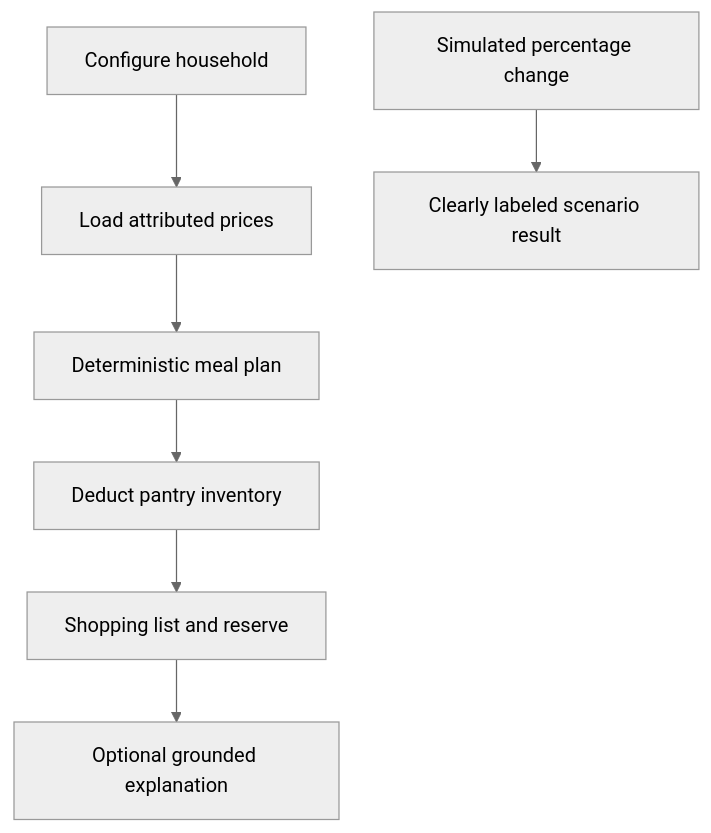
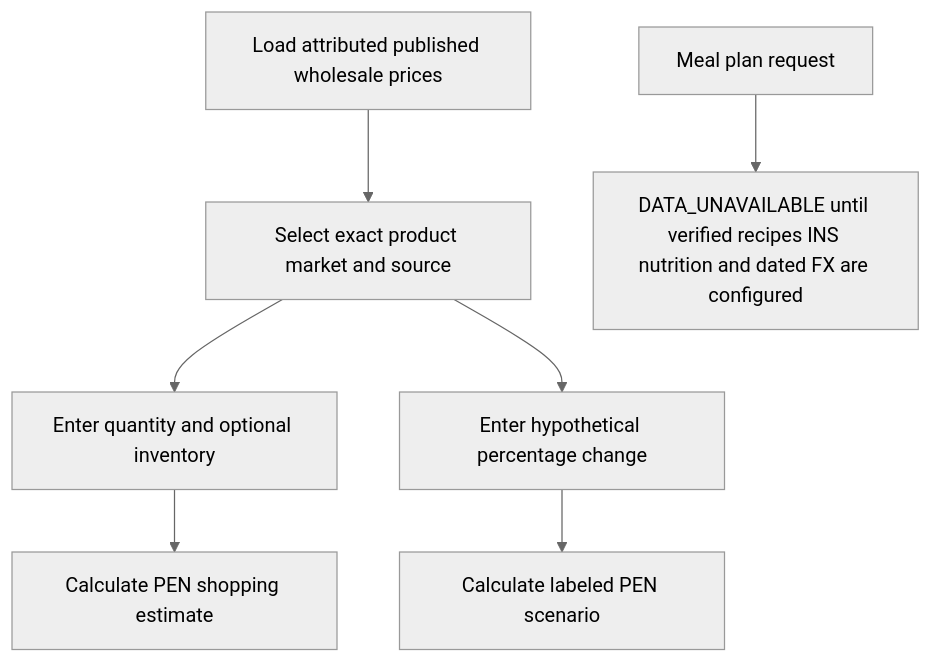
The diagram in docs/diagrams/workflows.mmd (sagoyanfisic/aws-tambooh), drawn with Mermaid (neutral theme) before and after one commit. The commit also changed 23 other files, not shown here.

````diff
--- a/docs/diagrams/workflows.mmd
+++ b/docs/diagrams/workflows.mmd
@@ -1,6 +1,9 @@
 ```mermaid
 flowchart TD
- A[Configure household] --> B[Load attributed prices] --> C[Deterministic meal plan] --> D[Deduct pantry inventory] --> E[Shopping list and reserve]
- E --> F[Optional grounded explanation]
- G[Simulated percentage change] --> H[Clearly labeled scenario result]
+ A[Load attributed published wholesale prices] --> B[Select exact product market and source]
+ B --> C[Enter quantity and optional inventory]
+ C --> D[Calculate PEN shopping estimate]
+ B --> E[Enter hypothetical percentage change]
+ E --> F[Calculate labeled PEN scenario]
+ G[Meal plan request] --> H[DATA_UNAVAILABLE until verified recipes INS nutrition and dated FX are configured]
 ```
````
